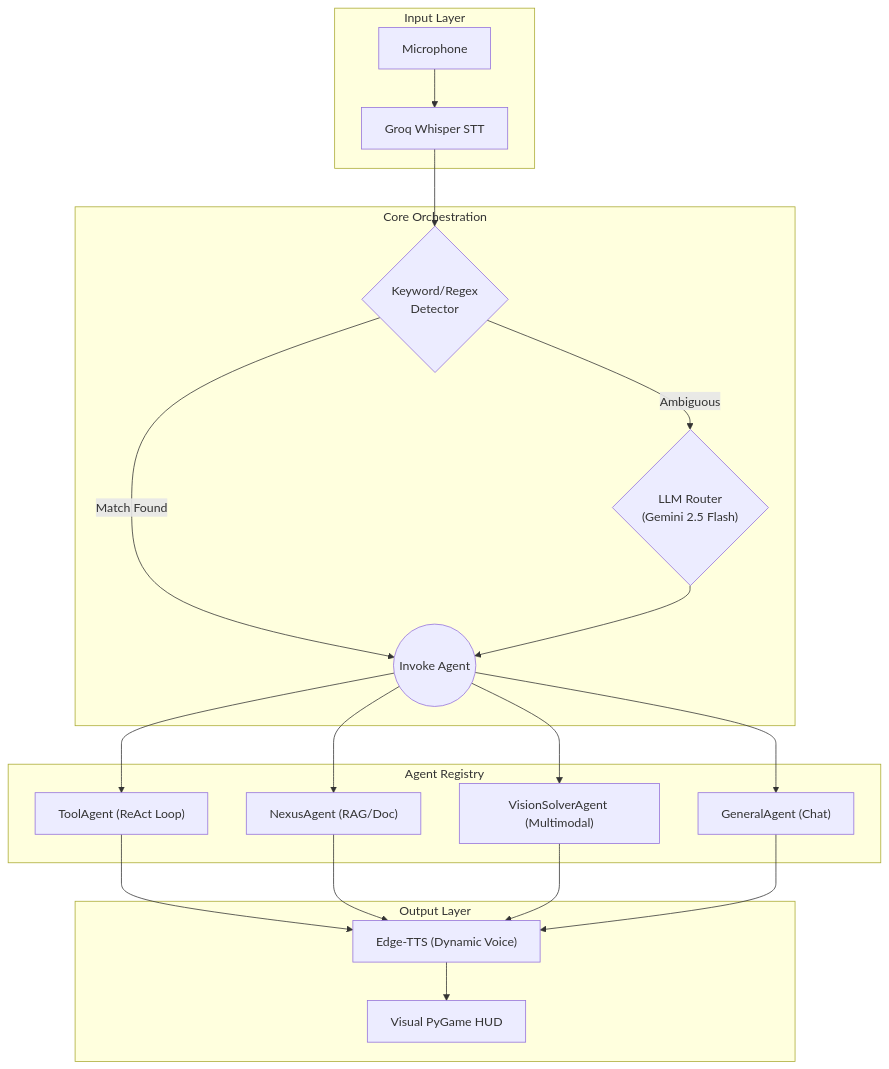
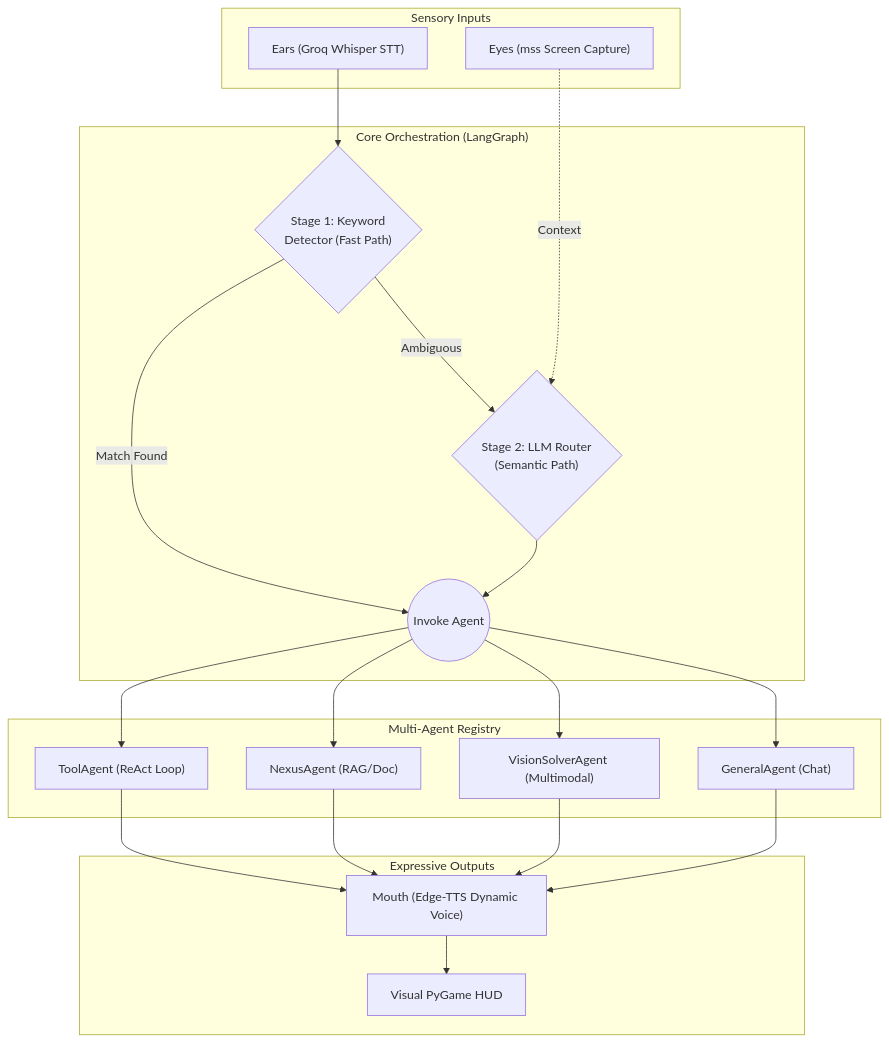
One commit to NeuroMachina01/J.A.R.V.I.S. changed the diagram in README.md. Above: the diagram before and after it, drawn with Mermaid. The commit also changed other lines of this file, not shown here.

````diff
--- a/README.md
+++ b/README.md
@@ -38,45 +26,47 @@
 ```mermaid
 graph TD
     %% Input Sources
-    subgraph Input ["Input Layer"]
-        Mic["Microphone"] --> STT["Groq Whisper STT"]
+    subgraph Sensory Inputs ["Sensory Inputs"]
+        Mic["Ears (Groq Whisper STT)"]
+        Screen["Eyes (mss Screen Capture)"]
     end
 
     %% Core Pipeline
-    subgraph Brain ["Core Orchestration"]
-        KD{"Keyword/Regex\nDetector"}
-        Router{"LLM Router\n(Gemini 2.5 Flash)"}
+    subgraph Brain ["Core Orchestration (LangGraph)"]
+        KD{"Stage 1: Keyword\nDetector (Fast Path)"}
+        Router{"Stage 2: LLM Router\n(Semantic Path)"}
         
-        STT --> KD
+        Mic --> KD
+        Screen -. Context .-> Router
         KD -- "Match Found" --> AgentHandoff
         KD -- "Ambiguous" --> Router
         Router --> AgentHandoff
     end
     
     %% Agents
-    subgraph Agents ["Agent Registry"]
+    subgraph Agents ["Multi-Agent Registry"]
         AgentHandoff((Invoke Agent))
         Tool["ToolAgent (ReAct Loop)"]
         Nexus["NexusAgent (RAG/Doc)"]
         Vision["VisionSolverAgent (Multimodal)"]
         Gen["GeneralAgent (Chat)"]
         
         AgentHandoff --> Tool
         AgentHandoff --> Nexus
         AgentHandoff --> Vision
         AgentHandoff --> Gen
     end
 
     %% Output
-    subgraph Output ["Output Layer"]
-        TTS["Edge-TTS (Dynamic Voice)"]
+    subgraph Expressive Outputs ["Expressive Outputs"]
+        TTS["Mouth (Edge-TTS Dynamic Voice)"]
         HUD["Visual PyGame HUD"]
         
         Tool --> TTS
         Nexus --> TTS
         Vision --> TTS
         Gen --> TTS
         
         TTS --> HUD
     end
 ```
````
